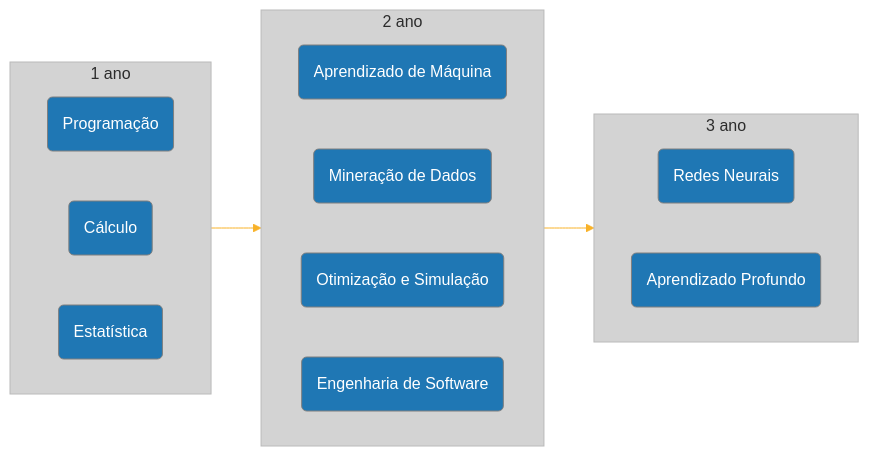
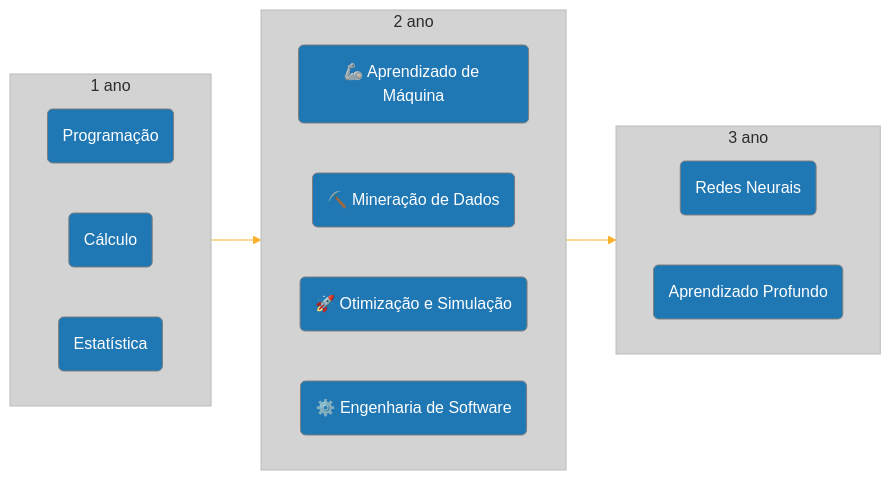
Before and after one commit to olucaslopes/PUC: the diagram in README.md, drawn with Mermaid. The commit also changed 4 other files, not shown here.

````diff
--- a/README.md
+++ b/README.md
@@ -9,37 +9,37 @@
 ```mermaid
 %%{
   init: {
     'theme': 'base',
     'themeVariables': {
       'primaryColor': '#1f77b4',
       'primaryTextColor': '#fff',
       'primaryBorderColor': '#7F7F7F',
       'lineColor': '#F8B229',
       'secondaryColor': '#7F7F7F',
       'tertiaryColor': '#d3d3d3'
     }
   }
 }%%
 
 flowchart LR
     one-->two
     two-->three
     subgraph three["3 ano"]
     direction LR
     c1("Redes Neurais")
     c2("Aprendizado Profundo")
     end
     subgraph two["2 ano"]
     direction LR
-    b1("<a href='https://github.com/olucaslopes/PUC/tree/main/Aprendizado%20de%20M%C3%A1quina' style='color: inherit;text-decoration: inherit;'>Aprendizado de Máquina</a>")
-    b2("<a href='https://github.com/olucaslopes/PUC/tree/main/Minera%C3%A7%C3%A3o%20de%20Dados' style='color: inherit;text-decoration: inherit;'>Mineração de Dados</a>")
-    b3("<a href='https://github.com/olucaslopes/PUC/tree/main/Otimiza%C3%A7%C3%A3o%20e%20Simula%C3%A7%C3%A3o' style='color: inherit;text-decoration: inherit;'>Otimização e Simulação</a>")
-    b4("<a href='https://github.com/olucaslopes/PUC/tree/main/Engenharia%20de%20Software' style='color: inherit;text-decoration: inherit;'>Engenharia de Software</a>")
+    b1("<a href='https://github.com/olucaslopes/PUC/tree/main/Aprendizado%20de%20M%C3%A1quina' style='color: inherit;text-decoration: inherit;'>🦾 Aprendizado de Máquina</a>")
+    b2("<a href='https://github.com/olucaslopes/PUC/tree/main/Minera%C3%A7%C3%A3o%20de%20Dados' style='color: inherit;text-decoration: inherit;'>⛏️ Mineração de Dados</a>")
+    b3("<a href='https://github.com/olucaslopes/PUC/tree/main/Otimiza%C3%A7%C3%A3o%20e%20Simula%C3%A7%C3%A3o' style='color: inherit;text-decoration: inherit;'>🚀 Otimização e Simulação</a>")
+    b4("<a href='https://github.com/olucaslopes/PUC/tree/main/Engenharia%20de%20Software' style='color: inherit;text-decoration: inherit;'>⚙️ Engenharia de Software</a>")
     end
     subgraph one["1 ano"]
     direction LR
     a1("Programação")
     a2("Cálculo")
     a3("Estatística")
     end
 ```
````
